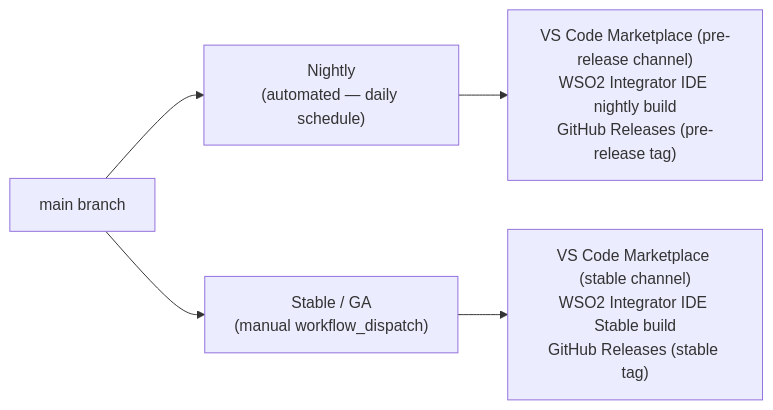
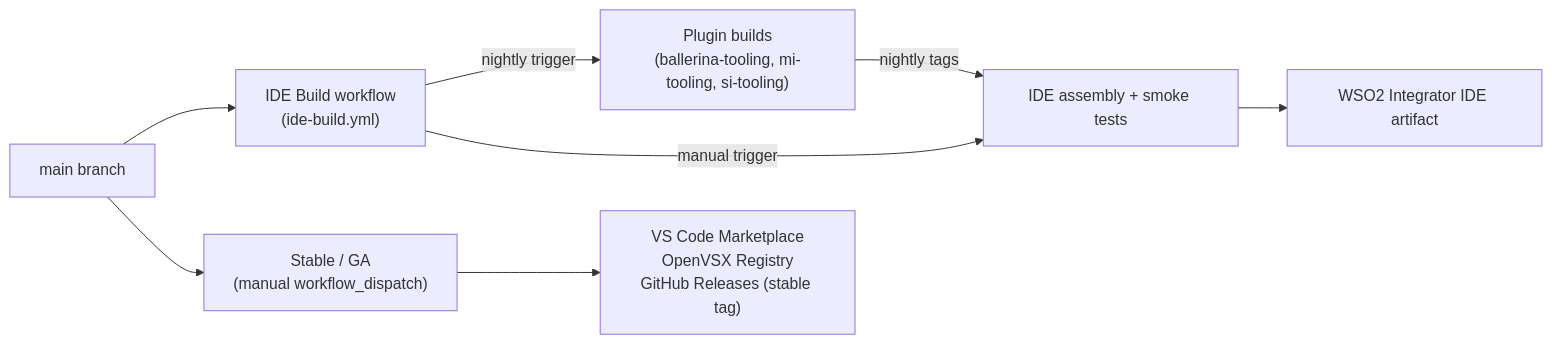
Before and after one commit to NipunaRanasinghe/wso2i-process-guides: the second of 2 diagrams in docs/04-cicd-pipelines.md, drawn with Mermaid. The commit also changed other lines of this file and 1 other file, not shown here.

Commit message:
Refine release process documentation

````diff
--- a/docs/04-cicd-pipelines.md
+++ b/docs/04-cicd-pipelines.md
@@ -36,7 +32,10 @@
 ```mermaid
 graph LR
-    M["main branch"] --> N["Nightly<br>(automated — daily schedule)"]
+    M["main branch"] --> IB["IDE Build workflow<br>(ide-build.yml)"]
+    IB -->|nightly trigger| PL["Plugin builds<br>(ballerina-tooling, mi-tooling, si-tooling)"]
+    PL -->|nightly tags| AS["IDE assembly + smoke tests"]
+    IB -->|manual trigger| AS
     M --> S["Stable / GA<br>(manual workflow_dispatch)"]
-    N --> NT["VS Code Marketplace (pre-release channel)<br>WSO2 Integrator IDE nightly build<br>GitHub Releases (pre-release tag)"]
-    S --> ST["VS Code Marketplace (stable channel)<br>WSO2 Integrator IDE Stable build<br>GitHub Releases (stable tag)"]
+    AS --> IA["WSO2 Integrator IDE artifact"]
+    S --> ST["VS Code Marketplace<br>OpenVSX Registry<br>GitHub Releases (stable tag)"]
 ```
````
